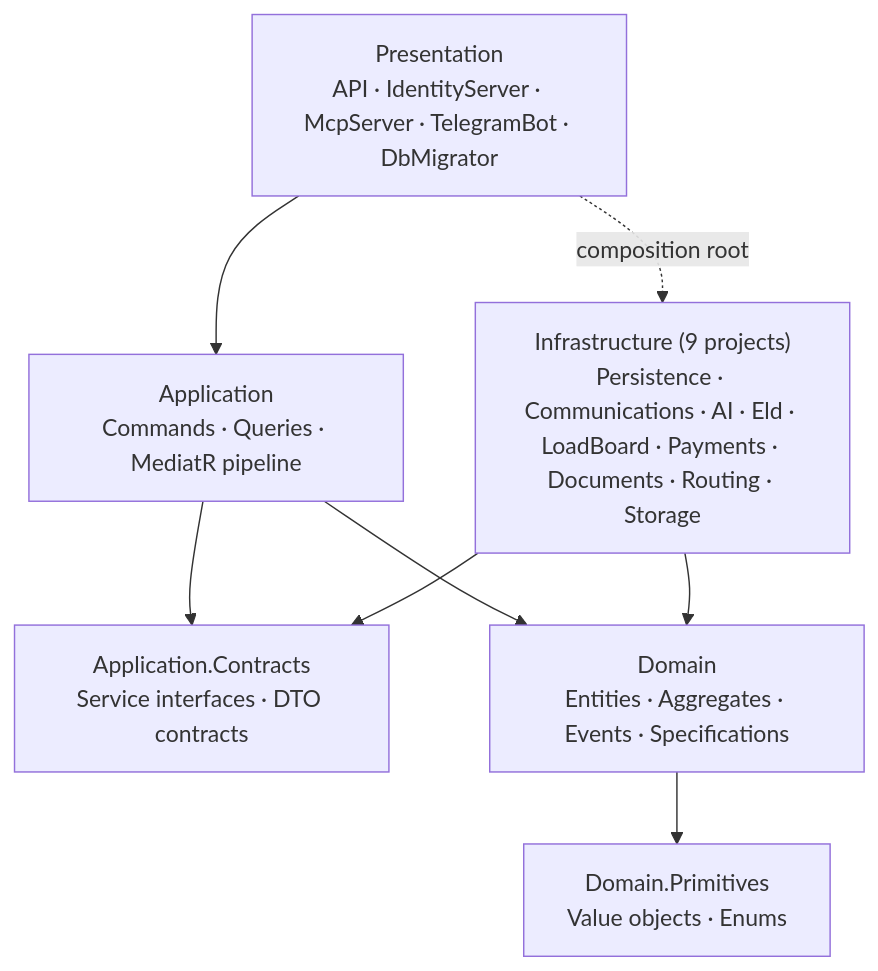
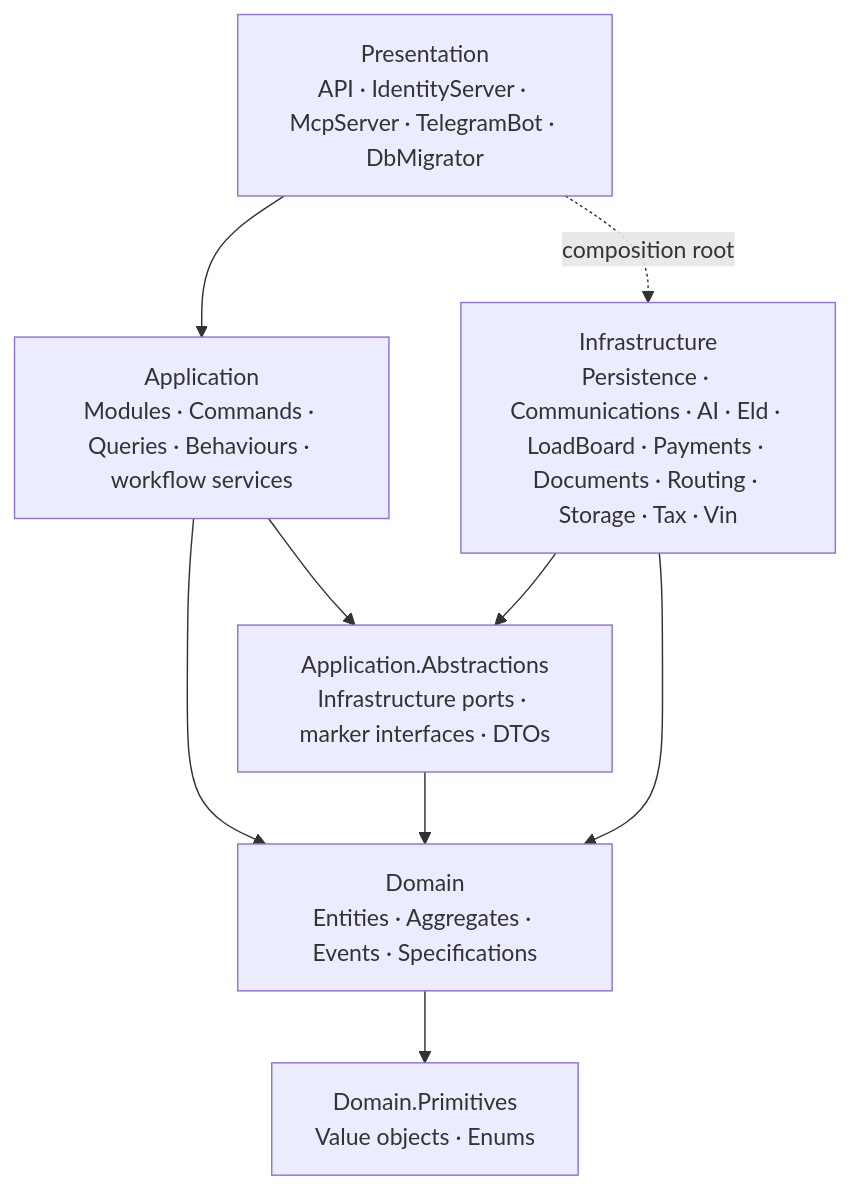
The second of 3 diagrams in docs/architecture/overview.md (suxrobGM/logistics-app), drawn with Mermaid before and after one commit. The commit also changed other lines of this file and 1904 other files, not shown here.

First line of the commit message:
Refactor/application abstractions (#38)

````diff
--- a/docs/architecture/overview.md
+++ b/docs/architecture/overview.md
@@ -80,17 +82,18 @@
 ```mermaid
 flowchart TB
     P["Presentation<br/>API · IdentityServer · McpServer · TelegramBot · DbMigrator"]
-    A["Application<br/>Commands · Queries · MediatR pipeline"]
-    C["Application.Contracts<br/>Service interfaces · DTO contracts"]
+    A["Application<br/>Modules · Commands · Queries · Behaviours · workflow services"]
+    Ab["Application.Abstractions<br/>Infrastructure ports · marker interfaces · DTOs"]
     D["Domain<br/>Entities · Aggregates · Events · Specifications"]
     Pr["Domain.Primitives<br/>Value objects · Enums"]
-    I["Infrastructure (9 projects)<br/>Persistence · Communications · AI · Eld · LoadBoard · Payments · Documents · Routing · Storage"]
+    I["Infrastructure<br/>Persistence · Communications · AI · Eld · LoadBoard · Payments · Documents · Routing · Storage · Tax · Vin"]
 
     P --> A
     P -.composition root.-> I
-    A --> C
+    A --> Ab
     A --> D
+    Ab --> D
     D --> Pr
-    I --> C
+    I --> Ab
     I --> D
 ```
````
